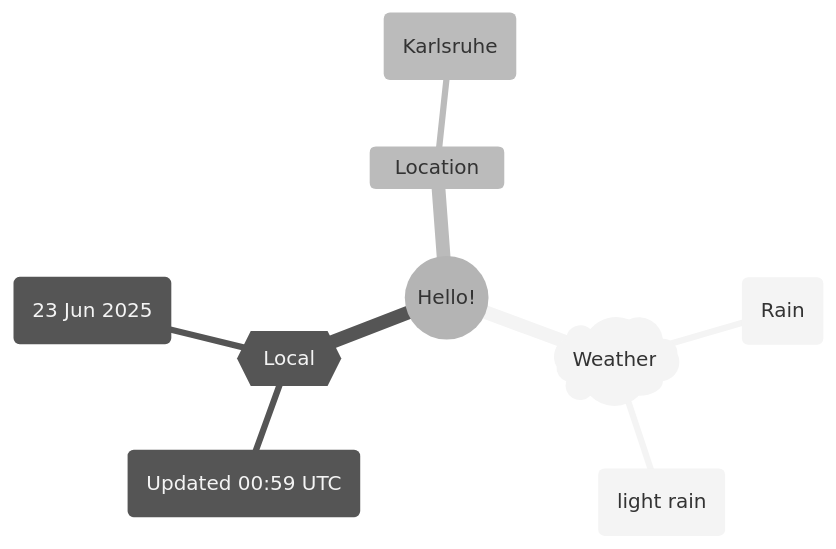
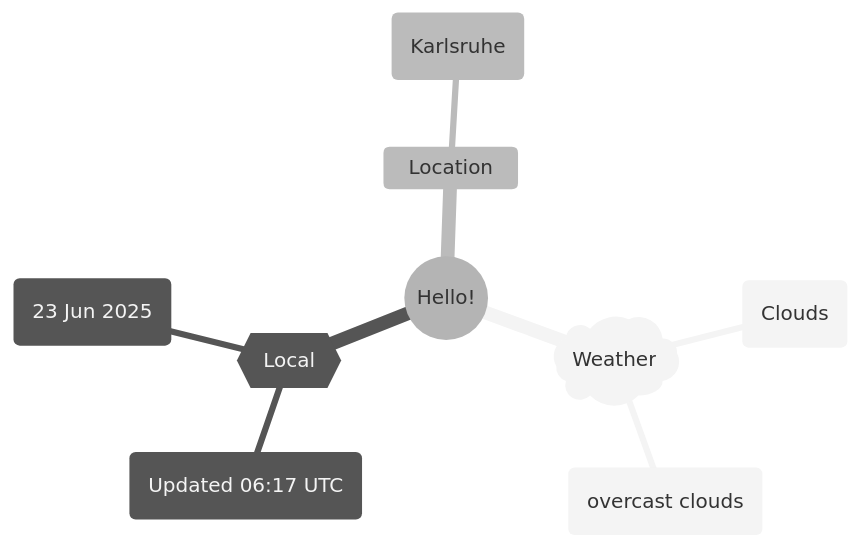
The first of 2 diagrams in README.md (Xosrov/Xosrov), drawn with Mermaid (neutral theme) before and after one commit.

Commit message:
[bot] updated images

````diff
--- a/README.md
+++ b/README.md
@@ -3,12 +3,12 @@
 ```mermaid
 mindmap
   root((Hello!))
     )Weather(
-        (Rain)
-        (light rain)
+        (Clouds)
+        (overcast clouds)
     {{Local}}
-        (Updated 00:59 UTC)
+        (Updated 06:17 UTC)
         (23 Jun 2025)
     Location
         (Karlsruhe)
 ```
````
